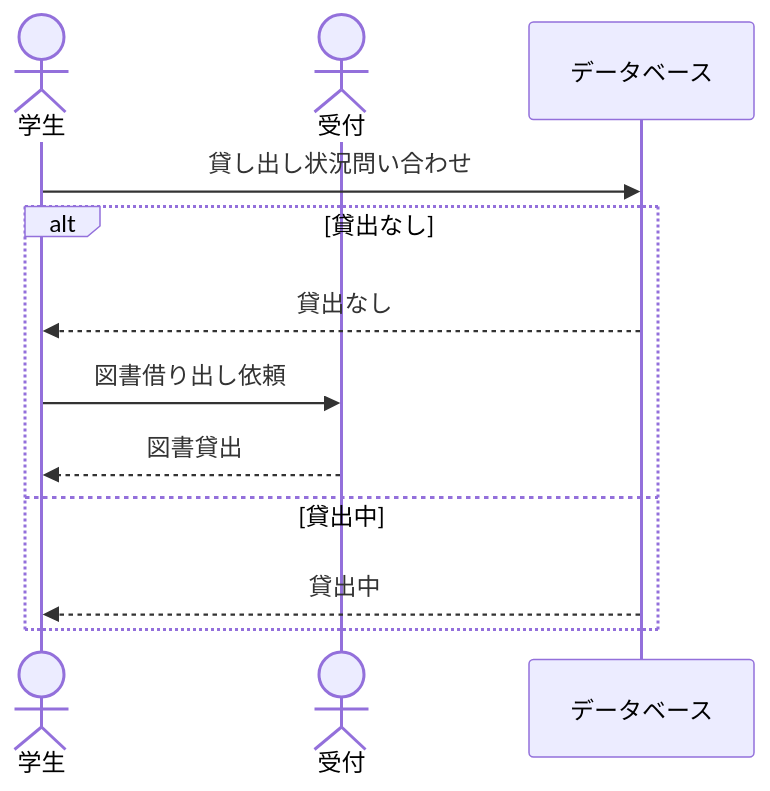
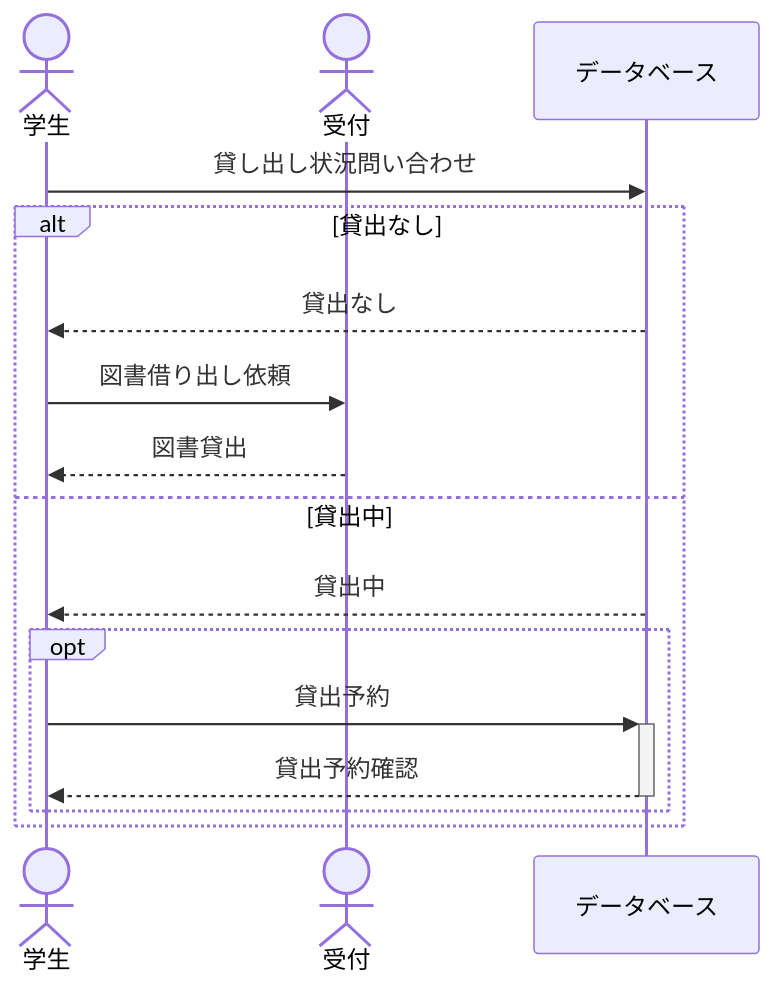
The diagram in zugagijutu/第7回/kougi.md (rrr-bit00/kougi), drawn with Mermaid before and after one commit. The commit also changed 2 other files, not shown here.

````diff
--- a/zugagijutu/第7回/kougi.md
+++ b/zugagijutu/第7回/kougi.md
@@ -1,26 +1,31 @@
 ```mermaid
 
 sequenceDiagram
 actor s as 学生
 actor r as 受付
 participant db as データベース
 
 %% s ->> r : 借り出し希望図書
 %% loop 各図書について
 %% r ->> db : 貸出登録
 %% db -->> r : 登録完了通知
 %% end
 %% r ->> db : 登録終了通知
 %% db -->> r : 登録終了確認
 %% r ->> s : 貸出図書
 
 s ->> db :貸し出し状況問い合わせ
 alt 貸出なし
 　db -->> s : 貸出なし
   s ->> r : 図書借り出し依頼
   r -->> s : 図書貸出
 else 貸出中
   db -->> s : 貸出中
+  opt
+    s ->>+ db : 貸出予約
+    db -->>- s : 貸出予約確認
+  end
+
 end
 
 ```
````
